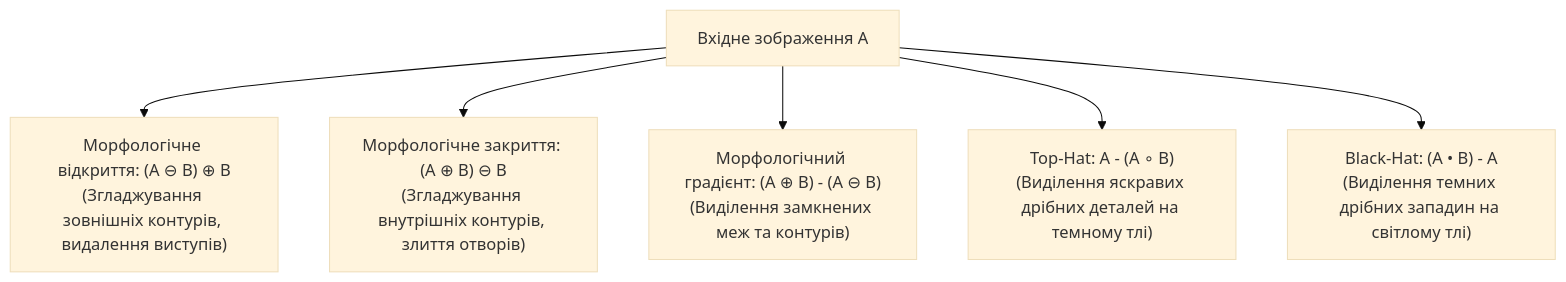
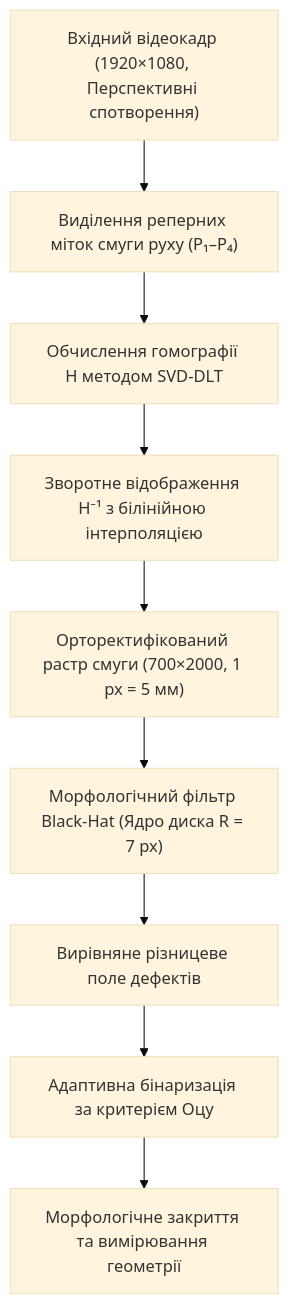
The fourth of 4 diagrams in docs/lk/lk8.md (KyryloVadurin/signal-image-processing), drawn with Mermaid (base theme) before and after one commit. The commit also changed other lines of this file, not shown here.

````diff
--- a/docs/lk/lk8.md
+++ b/docs/lk/lk8.md
@@ -199,8 +399,11 @@
 ```mermaid
 flowchart TD
-    A["Вхідне зображення A"] --> B["Морфологічне відкриття: (A ⊖ B) ⊕ B<br>(Згладжування зовнішніх контурів, видалення виступів)"]
-    A --> C["Морфологічне закриття: (A ⊕ B) ⊖ B<br>(Згладжування внутрішніх контурів, злиття отворів)"]
-    A --> D["Морфологічний градієнт: (A ⊕ B) - (A ⊖ B)<br>(Виділення замкнених меж та контурів)"]
-    A --> E["Top-Hat: A - (A ∘ B)<br>(Виділення яскравих дрібних деталей на темному тлі)"]
-    A --> F["Black-Hat: (A • B) - A<br>(Виділення темних дрібних западин на світлому тлі)"]
+    A["Вхідний відеокадр (1920×1080, Перспективні спотворення)"] --> B["Виділення реперних міток смуги руху (P₁–P₄)"]
+    B --> C["Обчислення гомографії H методом SVD-DLT"]
+    C --> D["Зворотне відображення H⁻¹ з білінійною інтерполяцією"]
+    D --> E["Орторектифікований растр смуги (700×2000, 1 px = 5 мм)"]
+    E --> F["Морфологічний фільтр Black-Hat (Ядро диска R = 7 px)"]
+    F --> G["Вирівняне різницеве поле дефектів"]
+    G --> H["Адаптивна бінаризація за критерієм Оцу"]
+    H --> I["Морфологічне закриття та вимірювання геометрії"]
 ```
````
